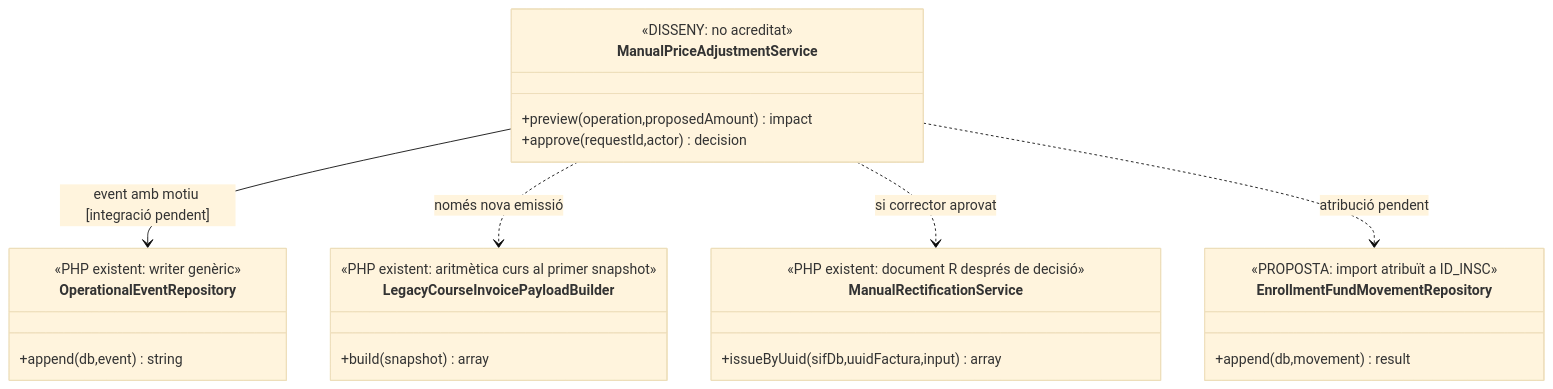
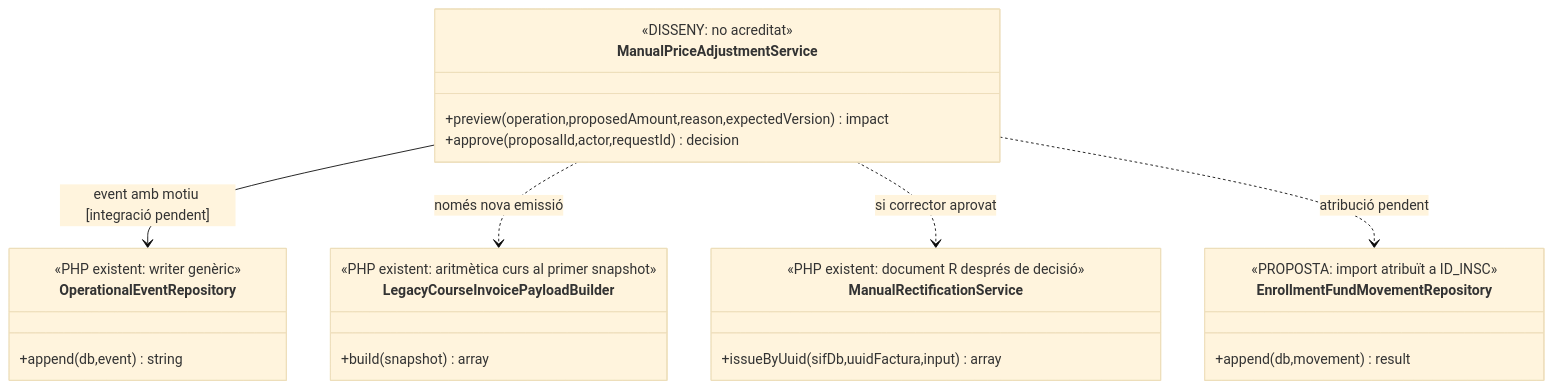
Before and after one commit to orgmeriemprismacat-del/verifactu: the second of 9 diagrams in documentacio/07-uml-integrat/uc-094-ajustar-manualment-import-pagar-justificacio.md, drawn with Mermaid (base theme). The commit also changed other lines of this file, not shown here.

Commit message:
docs(uml): alinear signatures UML i actors amb els fluxos detallats d'ajust i conciliació

````diff
--- a/documentacio/07-uml-integrat/uc-094-ajustar-manualment-import-pagar-justificacio.md
+++ b/documentacio/07-uml-integrat/uc-094-ajustar-manualment-import-pagar-justificacio.md
@@ -77,28 +77,28 @@
 ```mermaid
 classDiagram
 class ManualPriceAdjustmentService {
  <<DISSENY: no acreditat>>
- +preview(operation,proposedAmount) impact
- +approve(requestId,actor) decision
+ +preview(operation,proposedAmount,reason,expectedVersion) impact
+ +approve(proposalId,actor,requestId) decision
 }
 class OperationalEventRepository {
  <<PHP existent: writer genèric>>
  +append(db,event) string
 }
 class LegacyCourseInvoicePayloadBuilder {
  <<PHP existent: aritmètica curs al primer snapshot>>
  +build(snapshot) array
 }
 class ManualRectificationService {
  <<PHP existent: document R després de decisió>>
  +issueByUuid(sifDb,uuidFactura,input) array
 }
 class EnrollmentFundMovementRepository {
  <<PROPOSTA: import atribuït a ID_INSC>>
  +append(db,movement) result
 }
 ManualPriceAdjustmentService --> OperationalEventRepository : event amb motiu [integració pendent]
 ManualPriceAdjustmentService ..> LegacyCourseInvoicePayloadBuilder : només nova emissió
 ManualPriceAdjustmentService ..> ManualRectificationService : si corrector aprovat
 ManualPriceAdjustmentService ..> EnrollmentFundMovementRepository : atribució pendent
 ```
````
